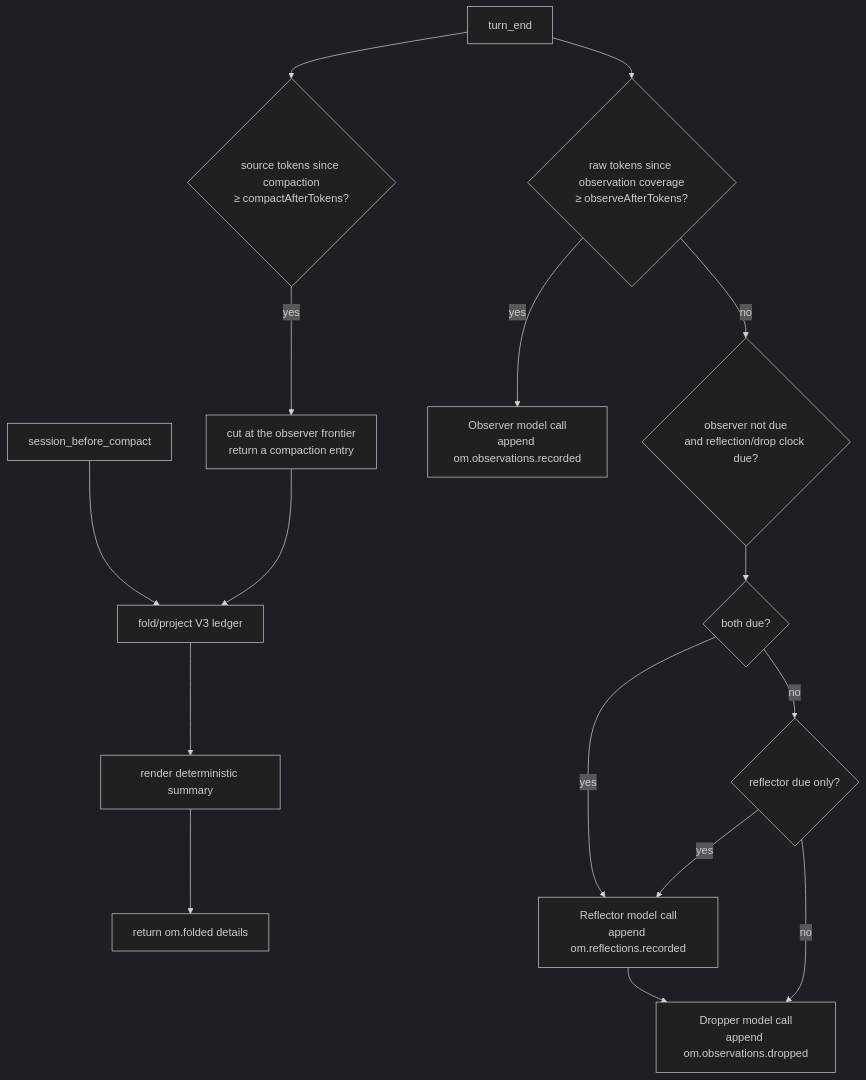
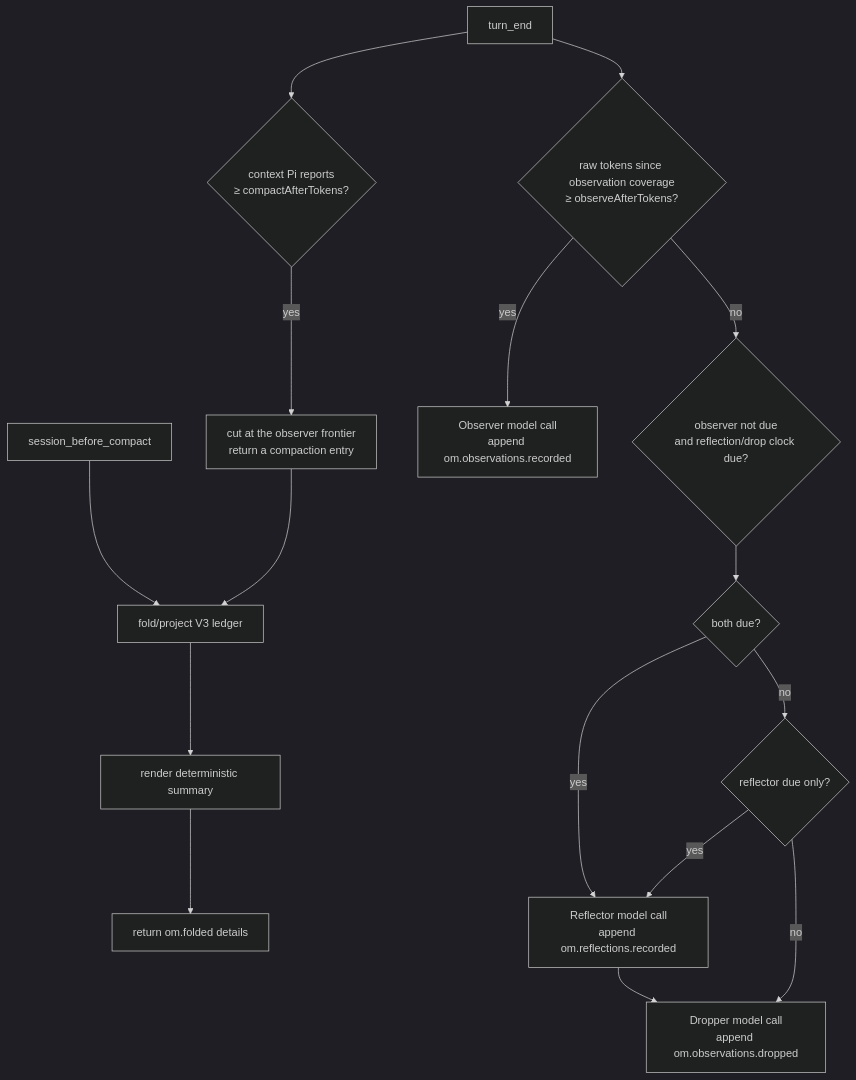
One commit to jakvbs/pi changed the diagram in extensions/observational-memory/docs/how-it-works.md. Above: the diagram before and after it, drawn with Mermaid (dark theme). The commit also changed other lines of this file and 9 other files, not shown here.

First line of the commit message:
feat(observational-memory): compact at the context Pi reports

````diff
--- a/extensions/observational-memory/docs/how-it-works.md
+++ b/extensions/observational-memory/docs/how-it-works.md
@@ -25,34 +25,34 @@
 ```mermaid
 flowchart TD
     TE[turn_end]
     SBC[session_before_compact]
 
     ObsDue{raw tokens since observation coverage<br/>≥ observeAfterTokens?}
     Observer[Observer model call<br/>append om.observations.recorded]
 
     ReflectDropDue{observer not due<br/>and reflection/drop clock due?}
     BothDue{both due?}
     ReflectorOnly{reflector due only?}
     Reflector[Reflector model call<br/>append om.reflections.recorded]
     Dropper[Dropper model call<br/>append om.observations.dropped]
 
-    ActivateDue{source tokens since compaction<br/>≥ compactAfterTokens?}
+    ActivateDue{context Pi reports<br/>≥ compactAfterTokens?}
     Activate[cut at the observer frontier<br/>return a compaction entry]
 
     Fold[fold/project V3 ledger]
     Render[render deterministic summary]
     Details[return om.folded details]
 
     TE --> ActivateDue
     ActivateDue -- yes --> Activate --> Fold
     TE --> ObsDue
     ObsDue -- yes --> Observer
     ObsDue -- no --> ReflectDropDue
     ReflectDropDue --> BothDue
     BothDue -- yes --> Reflector --> Dropper
     BothDue -- no --> ReflectorOnly
     ReflectorOnly -- yes --> Reflector
     ReflectorOnly -- no --> Dropper
 
     SBC --> Fold --> Render --> Details
 ```
````
